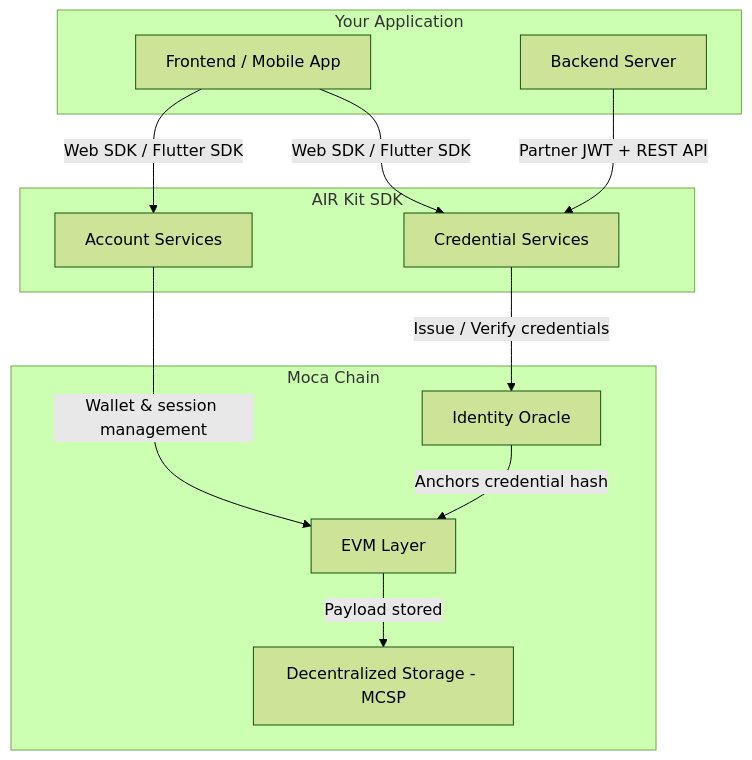
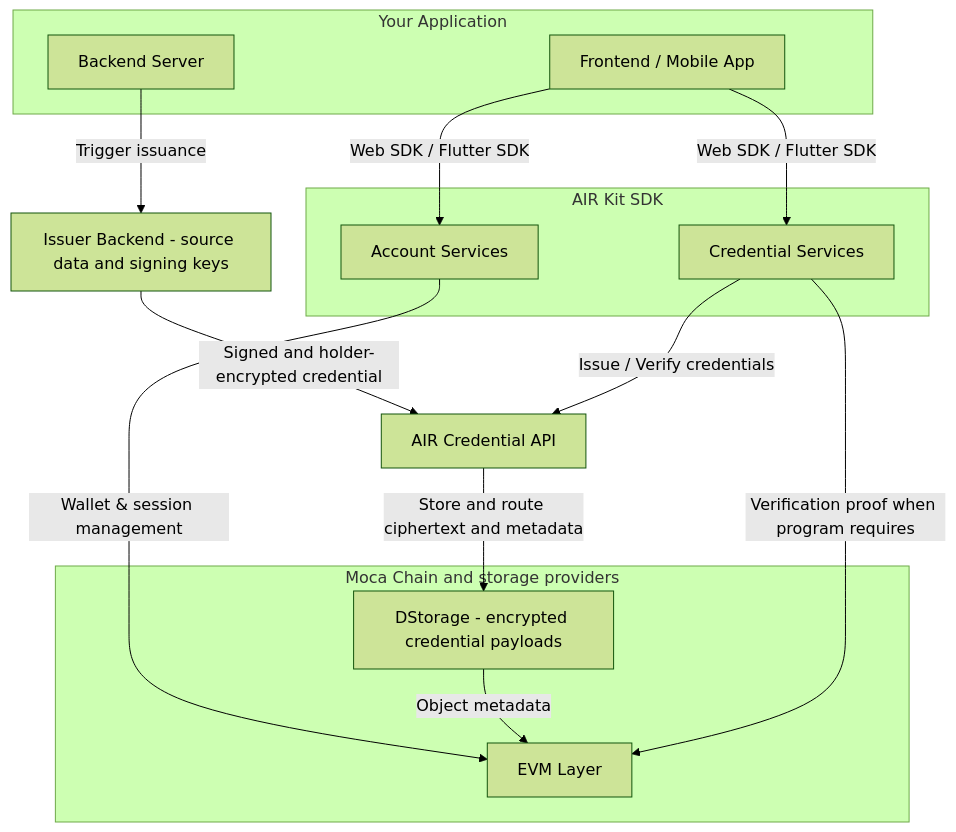
One commit to MocaNetwork/docs changed the first of 6 diagrams in learn/architecture.mdx. Above: the diagram before and after it, drawn with Mermaid (forest theme). The commit also changed other lines of this file and 34 other files, not shown here.

````diff
--- a/learn/architecture.mdx
+++ b/learn/architecture.mdx
@@ -11,26 +11,30 @@
 ```mermaid
 graph TD
     subgraph YourApp["Your Application"]
       A[Frontend / Mobile App]
       B[Backend Server]
     end
 
     subgraph SDK["AIR Kit SDK"]
       C[Account Services]
       D[Credential Services]
     end
 
-    subgraph Chain["Moca Chain"]
-      E[Identity Oracle]
+    E[AIR Credential API]
+    I[Issuer Backend - source data and signing keys]
+
+    subgraph Chain["Moca Chain and storage providers"]
       F[EVM Layer]
-      G[Decentralized Storage - MCSP]
+      G[DStorage - encrypted credential payloads]
     end
 
     A -->|Web SDK / Flutter SDK| C
     A -->|Web SDK / Flutter SDK| D
-    B -->|Partner JWT + REST API| D
+    B -->|Trigger issuance| I
+    I -->|Signed and holder-encrypted credential| E
     C -->|Wallet & session management| F
     D -->|Issue / Verify credentials| E
-    E -->|Anchors credential hash| F
-    F -->|Payload stored| G
+    E -->|Store and route ciphertext and metadata| G
+    G -->|Object metadata| F
+    D -->|Verification proof when program requires| F
 ```
````
